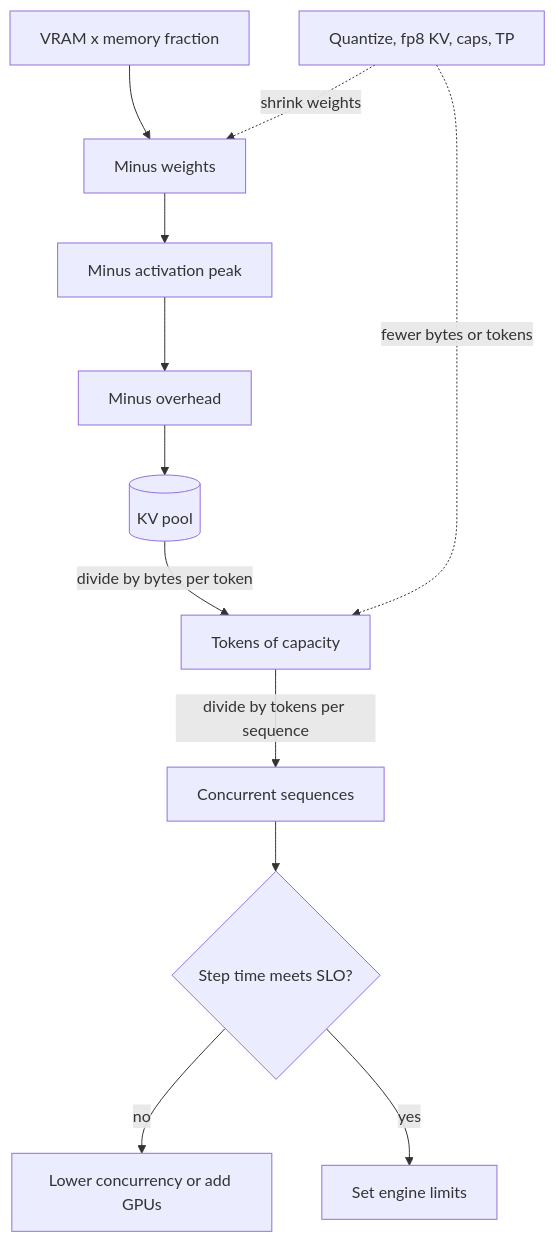
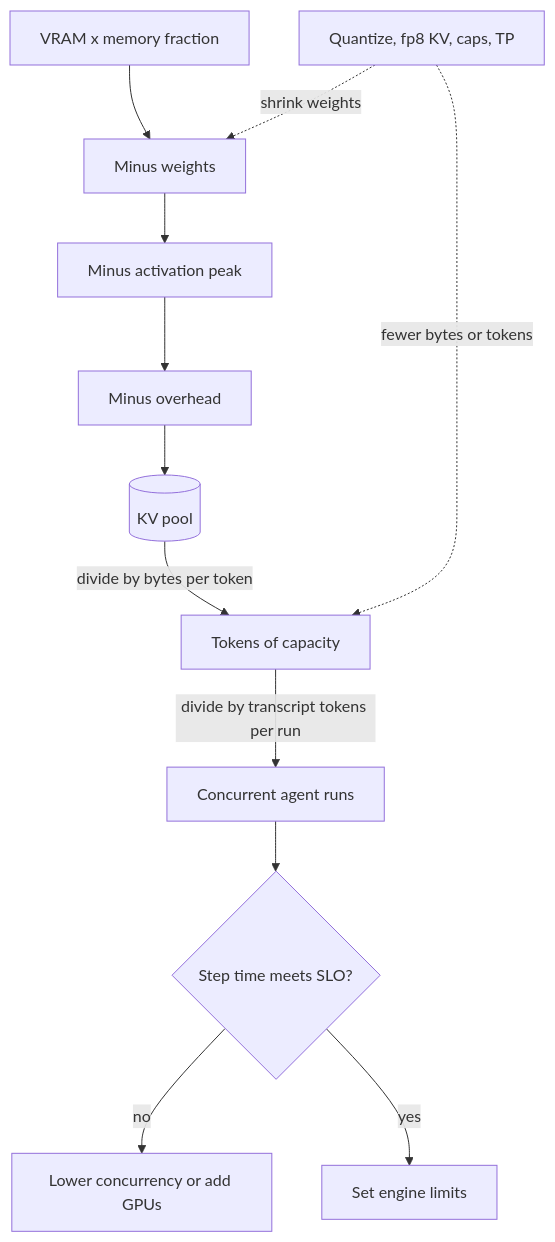
One commit to lovishmahajan97/agentic-learning changed the diagram in content/serving-inference/gpu-memory-optimization.md. Above: the diagram before and after it, drawn with Mermaid. The commit also changed other lines of this file and 485 other files, not shown here.

````diff
--- a/content/serving-inference/gpu-memory-optimization.md
+++ b/content/serving-inference/gpu-memory-optimization.md
@@ -129,14 +147,14 @@
 ```mermaid
 flowchart TD
     V["VRAM x memory fraction"] --> W["Minus weights"]
     W --> A["Minus activation peak"]
     A --> O["Minus overhead"]
     O --> P[("KV pool")]
     P -->|"divide by bytes per token"| T["Tokens of capacity"]
-    T -->|"divide by tokens per sequence"| C["Concurrent sequences"]
+    T -->|"divide by transcript tokens per run"| C["Concurrent agent runs"]
     C --> L{"Step time meets SLO?"}
     L -->|"no"| R["Lower concurrency or add GPUs"]
     L -->|"yes"| D["Set engine limits"]
     Q["Quantize, fp8 KV, caps, TP"] -.->|"shrink weights"| W
     Q -.->|"fewer bytes or tokens"| T
 ```
````
